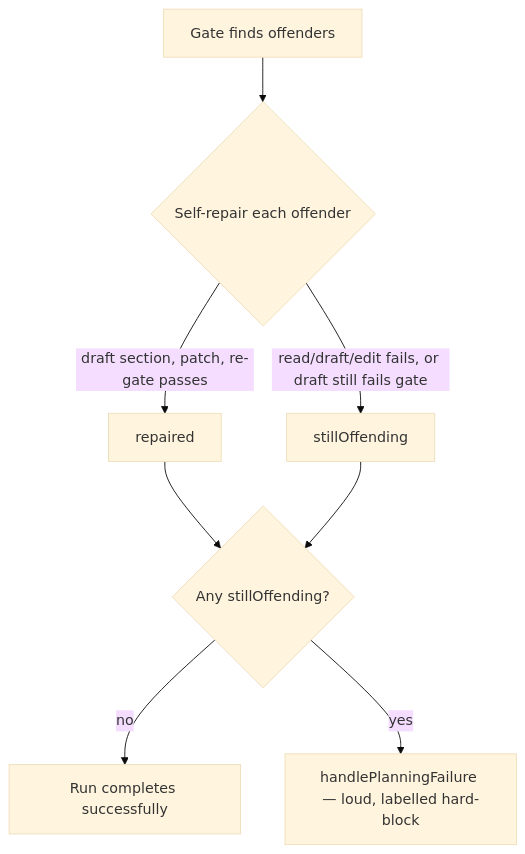
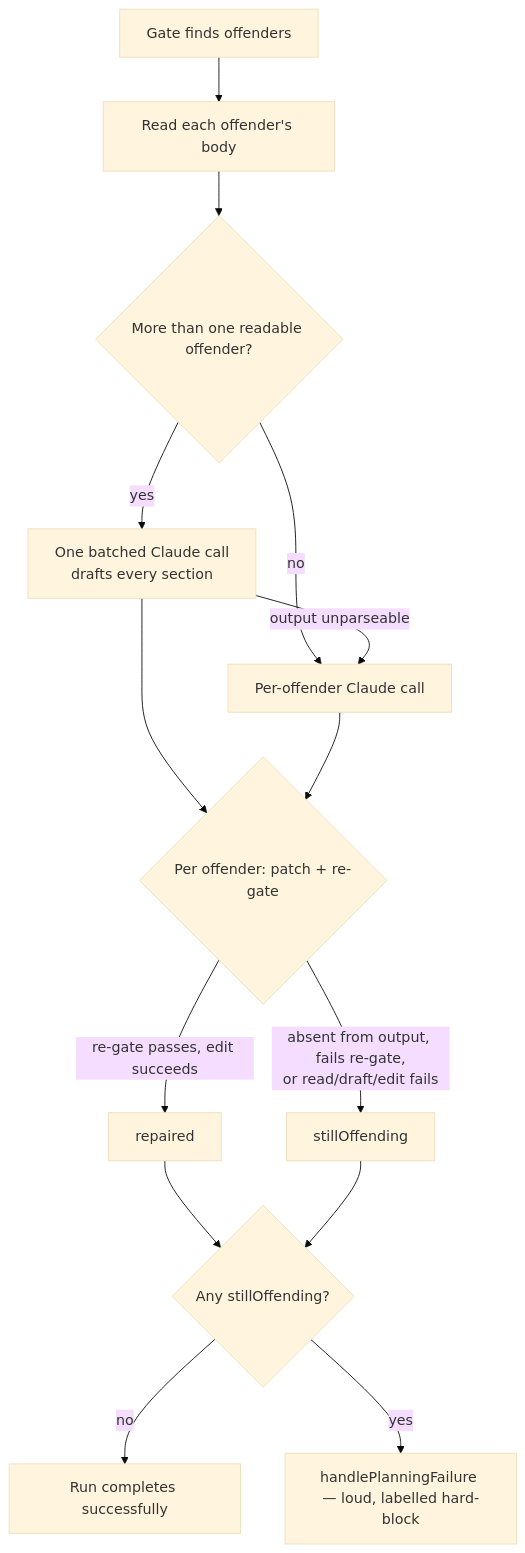
Before and after one commit to stSoftwareAU/VibeCoder: the second of 5 diagrams in docs/workflows/planning-and-questions.md, drawn with Mermaid (base theme). The commit also changed other lines of this file and 3 other files, not shown here.

First line of the commit message:
Batch the Failure-Detection self-repair into one Claude call (Issue #57)

````diff
--- a/docs/workflows/planning-and-questions.md
+++ b/docs/workflows/planning-and-questions.md
@@ -291,10 +302,16 @@
 ```mermaid
 flowchart TD
-    A[Gate finds offenders] --> B{Self-repair each offender}
-    B -->|draft section, patch, re-gate passes| C[repaired]
-    B -->|read/draft/edit fails, or draft still fails gate| D[stillOffending]
-    C --> E{Any stillOffending?}
-    D --> E
-    E -->|no| F[Run completes successfully]
-    E -->|yes| G[handlePlanningFailure — loud, labelled hard-block]
+    A[Gate finds offenders] --> B[Read each offender's body]
+    B --> C{More than one readable offender?}
+    C -->|yes| D[One batched Claude call<br/>drafts every section]
+    C -->|no| E[Per-offender Claude call]
+    D -->|output unparseable| E
+    D --> F{Per offender: patch + re-gate}
+    E --> F
+    F -->|re-gate passes, edit succeeds| G[repaired]
+    F -->|absent from output, fails re-gate,<br/>or read/draft/edit fails| H[stillOffending]
+    G --> I{Any stillOffending?}
+    H --> I
+    I -->|no| J[Run completes successfully]
+    I -->|yes| K[handlePlanningFailure — loud, labelled hard-block]
 ```
````
